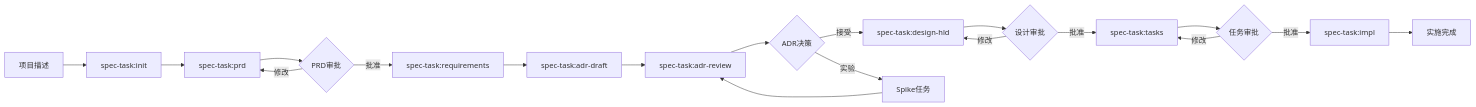
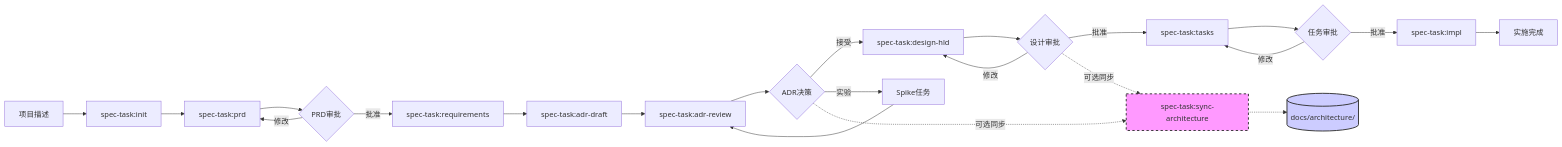
One commit to zhiyue/infinite-scribe changed the diagram in .claude/commands/spec-task/README.md. Above: the diagram before and after it, drawn with Mermaid. The commit also changed other lines of this file and 1 other file, not shown here.

First line of the commit message:
feat(spec-task): add sync-architecture command and update documentation

````diff
--- a/.claude/commands/spec-task/README.md
+++ b/.claude/commands/spec-task/README.md
@@ -17,21 +17,28 @@
 ```mermaid
 graph LR
     A[项目描述] --> B[spec-task:init]
     B --> C[spec-task:prd]
     C --> D{PRD审批}
     D -->|批准| E[spec-task:requirements]  
     D -->|修改| C
     E --> F[spec-task:adr-draft]
     F --> G[spec-task:adr-review]
     G --> H{ADR决策}
     H -->|接受| I[spec-task:design-hld]
     H -->|实验| J[Spike任务]
     J --> G
     I --> K{设计审批}
     K -->|批准| L[spec-task:tasks]
     K -->|修改| I
     L --> M{任务审批}
     M -->|批准| N[spec-task:impl]
     M -->|修改| L
     N --> O[实施完成]
+    
+    H -.->|可选同步| P[spec-task:sync-architecture]
+    K -.->|可选同步| P
+    P -.-> Q[(docs/architecture/)]
+    
+    style P fill:#f9f,stroke:#333,stroke-width:2px,stroke-dasharray: 5 5
+    style Q fill:#ccf,stroke:#333,stroke-width:2px
 ```
````
